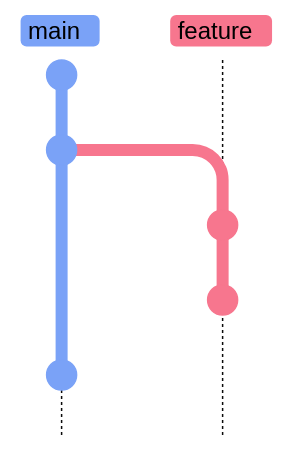
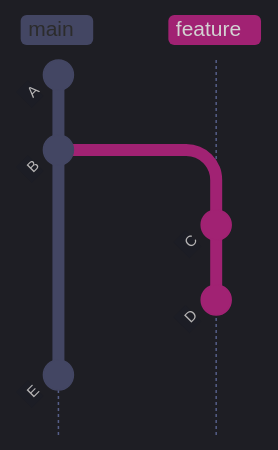
Before and after one commit to alp78/elysium: the sixth of 12 diagrams in content/08-Git/04-merge-vs-rebase-vs-squash.md, drawn with Mermaid. The commit also changed other lines of this file and 4 other files, not shown here.

````diff
--- a/content/08-Git/04-merge-vs-rebase-vs-squash.md
+++ b/content/08-Git/04-merge-vs-rebase-vs-squash.md
@@ -130,11 +341,22 @@
 ```mermaid
-%%{init: {'theme': 'base', 'themeVariables': {'git0': '#7aa2f7', 'git1': '#f7768e', 'git2': '#9ece6a', 'git3': '#e0af68', 'git4': '#bb9af7', 'gitBranchLabel0': '#000000', 'gitBranchLabel1': '#000000', 'gitBranchLabel2': '#000000', 'gitBranchLabel3': '#000000', 'commitLabelColor': '#ffffff', 'commitLabelBackground': 'transparent', 'commitLabelFontSize': '14px', 'tagLabelColor': '#000000', 'tagLabelBackground': '#c0caf5'}, 'gitGraph': {'mainBranchName': 'main'}} }%%
+%%{init: {'theme': 'dark', 'themeVariables': {
+  'primaryColor': '#292e42',
+  'primaryTextColor': '#c0caf5',
+  'primaryBorderColor': '#565f89',
+  'lineColor': '#565f89',
+  'secondaryColor': '#1a1b26',
+  'tertiaryColor': '#24283b',
+  'noteTextColor': '#c0caf5',
+  'noteBkgColor': '#292e42',
+  'textColor': '#c0caf5',
+  'fontSize': '14px'
+}, 'gitGraph': {'mainBranchName': 'main'}}}%%
 gitGraph TB:
   commit id: "A"
   commit id: "B"
   branch feature
   commit id: "C"
   commit id: "D"
   checkout main
   commit id: "E"
 ```
````
